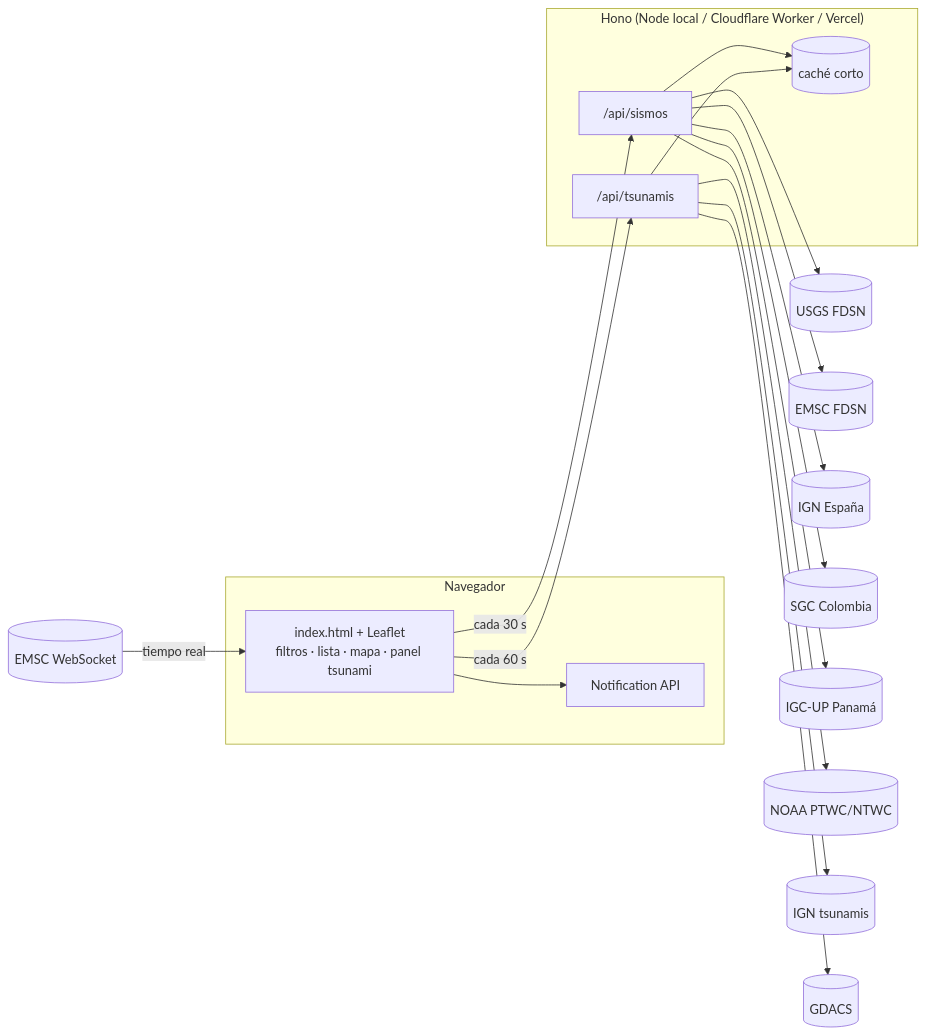
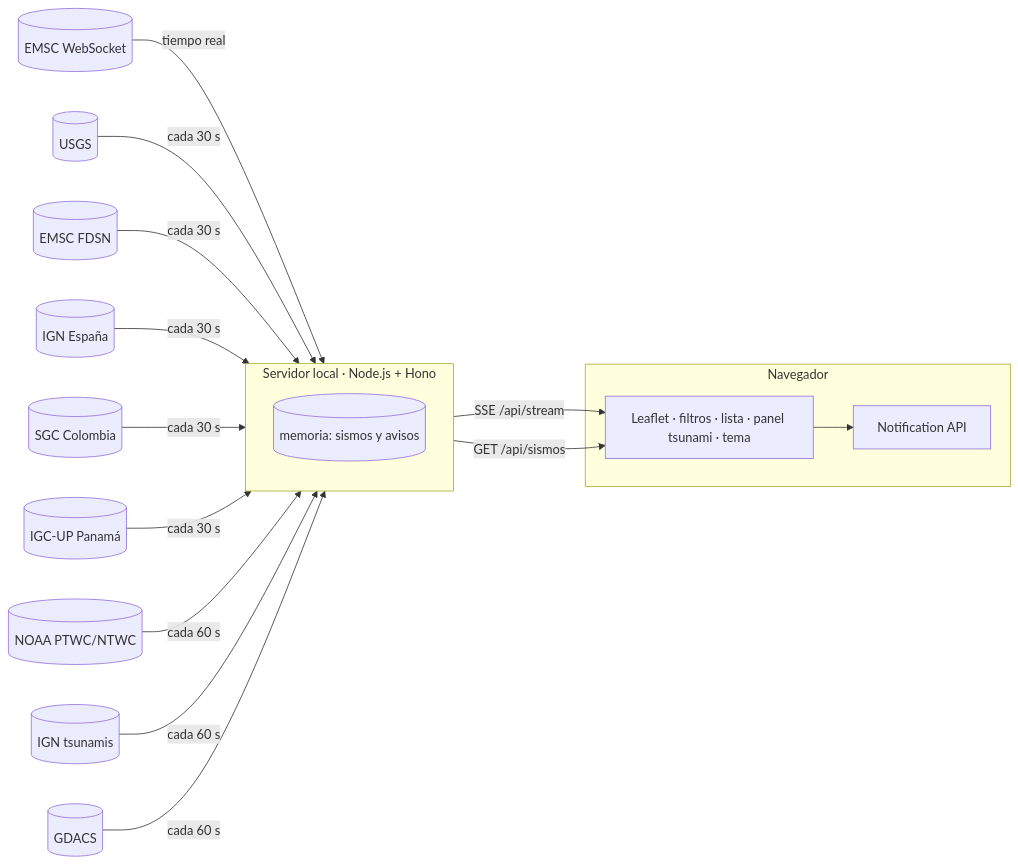
One commit to wpadillav/monitor_riesgos_naturales changed the diagram in docs/02-plan.md. Above: the diagram before and after it, drawn with Mermaid. The commit also changed other lines of this file and 21 other files, not shown here.

````diff
--- a/docs/02-plan.md
+++ b/docs/02-plan.md
@@ -81,17 +88,16 @@
 ```mermaid
 flowchart LR
+  EMSCWS[(EMSC WebSocket)] -- tiempo real --> S
+  USGS[(USGS)] & EMSC[(EMSC FDSN)] & IGN[(IGN España)] & SGC[(SGC Colombia)] & IGC[(IGC-UP Panamá)] -- cada 30 s --> S
+  NOAA[(NOAA PTWC/NTWC)] & IGNT[(IGN tsunamis)] & GDACS[(GDACS)] -- cada 60 s --> S
+  subgraph S["Servidor local · Node.js + Hono"]
+    M[(memoria: sismos y avisos)]
+  end
+  S -- "SSE /api/stream" --> UI
+  S -- "GET /api/sismos" --> UI
   subgraph Navegador
-    UI[index.html + Leaflet<br/>filtros · lista · mapa · panel tsunami]
+    UI[Leaflet · filtros · lista · panel tsunami · tema]
     N[Notification API]
   end
-  EMSCWS[(EMSC WebSocket)] -- tiempo real --> UI
-  UI -- cada 30 s --> API1["/api/sismos"]
-  UI -- cada 60 s --> API2["/api/tsunamis"]
-  subgraph Hono["Hono (Node local / Cloudflare Worker / Vercel)"]
-    API1 --> C[(caché corto)]
-    API2 --> C
-  end
-  API1 --> USGS[(USGS FDSN)] & EMSC[(EMSC FDSN)] & IGN[(IGN España)] & SGC[(SGC Colombia)] & IGC[(IGC-UP Panamá)]
-  API2 --> NOAA[(NOAA PTWC/NTWC)] & IGNT[(IGN tsunamis)] & GDACS[(GDACS)]
   UI --> N
 ```
````
